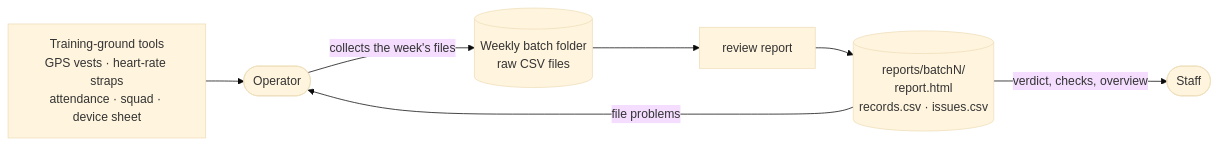
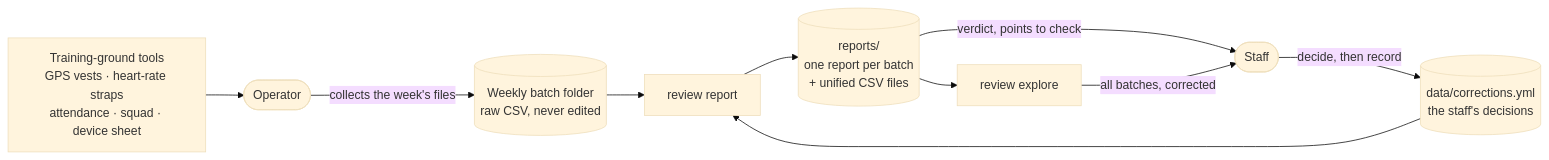
The first of 5 diagrams in docs/architecture.md (simIDe/digital_innovation_staps_showcase), drawn with Mermaid (base theme) before and after one commit. The commit also changed other lines of this file and 27 other files, not shown here.

First line of the commit message:
Add corrections and an explorer on the unified data

````diff
--- a/docs/architecture.md
+++ b/docs/architecture.md
@@ -9,13 +9,17 @@
 ```mermaid
 flowchart LR
     tools["Training-ground tools<br/>GPS vests · heart-rate straps<br/>attendance · squad · device sheet"]
     operator(["Operator"])
-    folder[("Weekly batch folder<br/>raw CSV files")]
+    folder[("Weekly batch folder<br/>raw CSV, never edited")]
+    fixes[("data/corrections.yml<br/>the staff's decisions")]
     review["review report"]
-    out[("reports/batchN/<br/>report.html<br/>records.csv · issues.csv")]
+    out[("reports/<br/>one report per batch<br/>+ unified CSV files")]
+    explore["review explore"]
     staff(["Staff"])
 
-    tools --> operator -->|collects the week's files| folder --> review --> out
-    out -->|verdict, checks, overview| staff
-    out -->|file problems| operator
+    tools --> operator -->|collects the week's files| folder --> review
+    fixes --> review --> out
+    out -->|verdict, points to check| staff
+    staff -->|decide, then record| fixes
+    out --> explore -->|all batches, corrected| staff
 ```
````
